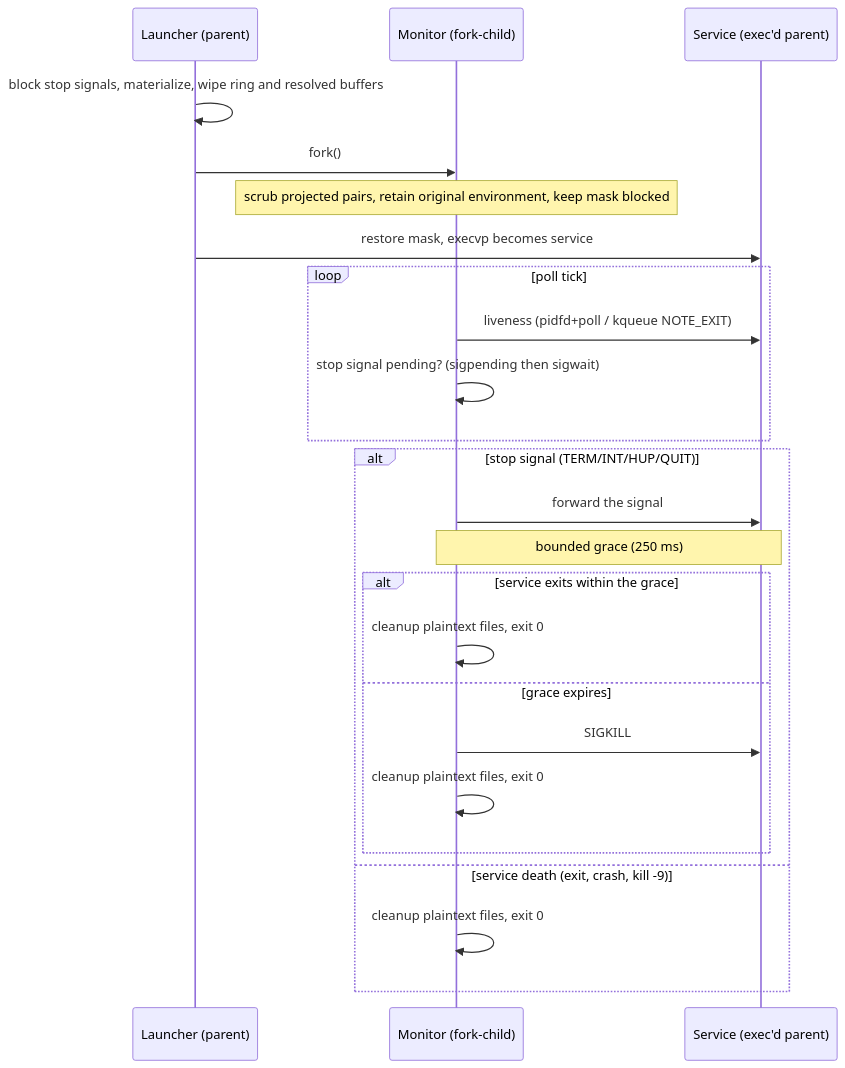
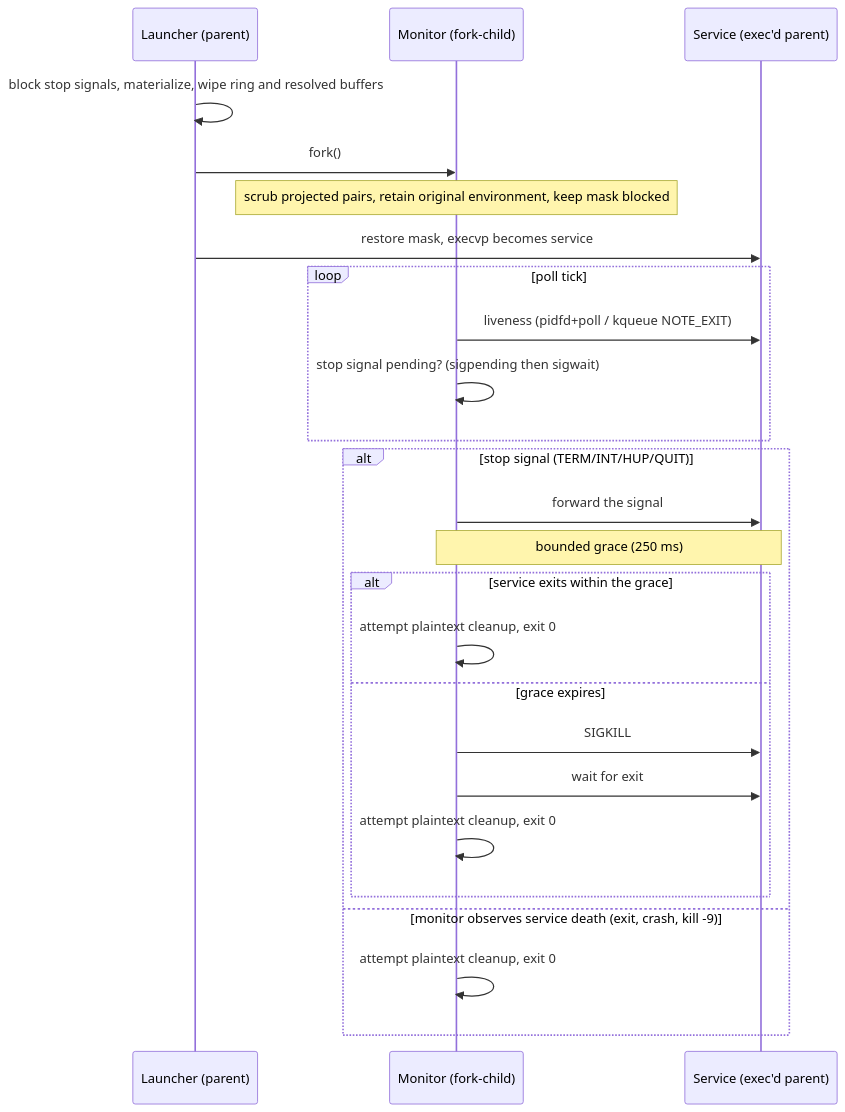
One commit to beardedeagle/postmaster changed the diagram in docs/src/unsafe-code/monitor.md. Above: the diagram before and after it, drawn with Mermaid. The commit also changed other lines of this file and 19 other files, not shown here.

````diff
--- a/docs/src/unsafe-code/monitor.md
+++ b/docs/src/unsafe-code/monitor.md
@@ -10,27 +10,28 @@
 ```mermaid
 sequenceDiagram
     participant L as Launcher (parent)
     participant M as Monitor (fork-child)
     participant S as Service (exec'd parent)
 
     L->>L: block stop signals, materialize, wipe ring and resolved buffers
     L->>M: fork()
     Note over M: scrub projected pairs, retain original environment, keep mask blocked
     L->>S: restore mask, execvp becomes service
     loop poll tick
         M->>S: liveness (pidfd+poll / kqueue NOTE_EXIT)
         M->>M: stop signal pending? (sigpending then sigwait)
     end
     alt stop signal (TERM/INT/HUP/QUIT)
         M->>S: forward the signal
         Note over M,S: bounded grace (250 ms)
         alt service exits within the grace
-            M->>M: cleanup plaintext files, exit 0
+            M->>M: attempt plaintext cleanup, exit 0
         else grace expires
             M->>S: SIGKILL
-            M->>M: cleanup plaintext files, exit 0
+            M->>S: wait for exit
+            M->>M: attempt plaintext cleanup, exit 0
         end
-    else service death (exit, crash, kill -9)
-        M->>M: cleanup plaintext files, exit 0
+    else monitor observes service death (exit, crash, kill -9)
+        M->>M: attempt plaintext cleanup, exit 0
     end
 ```
````
